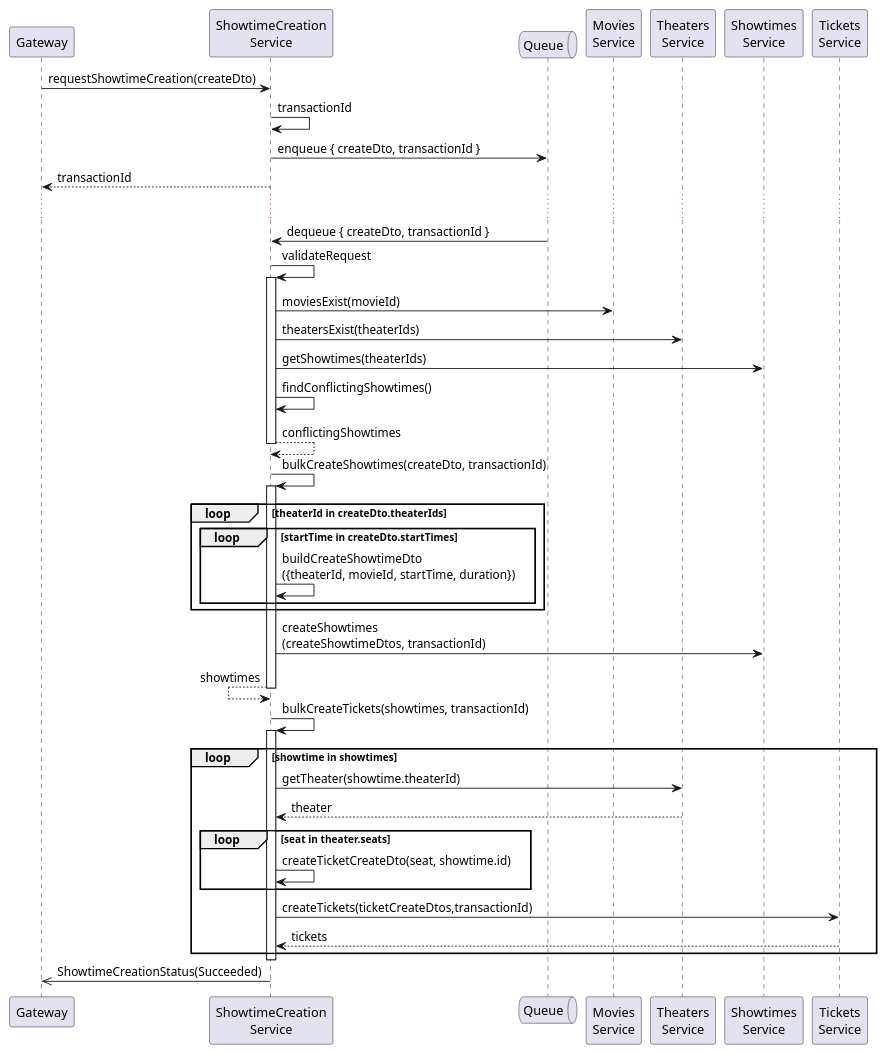
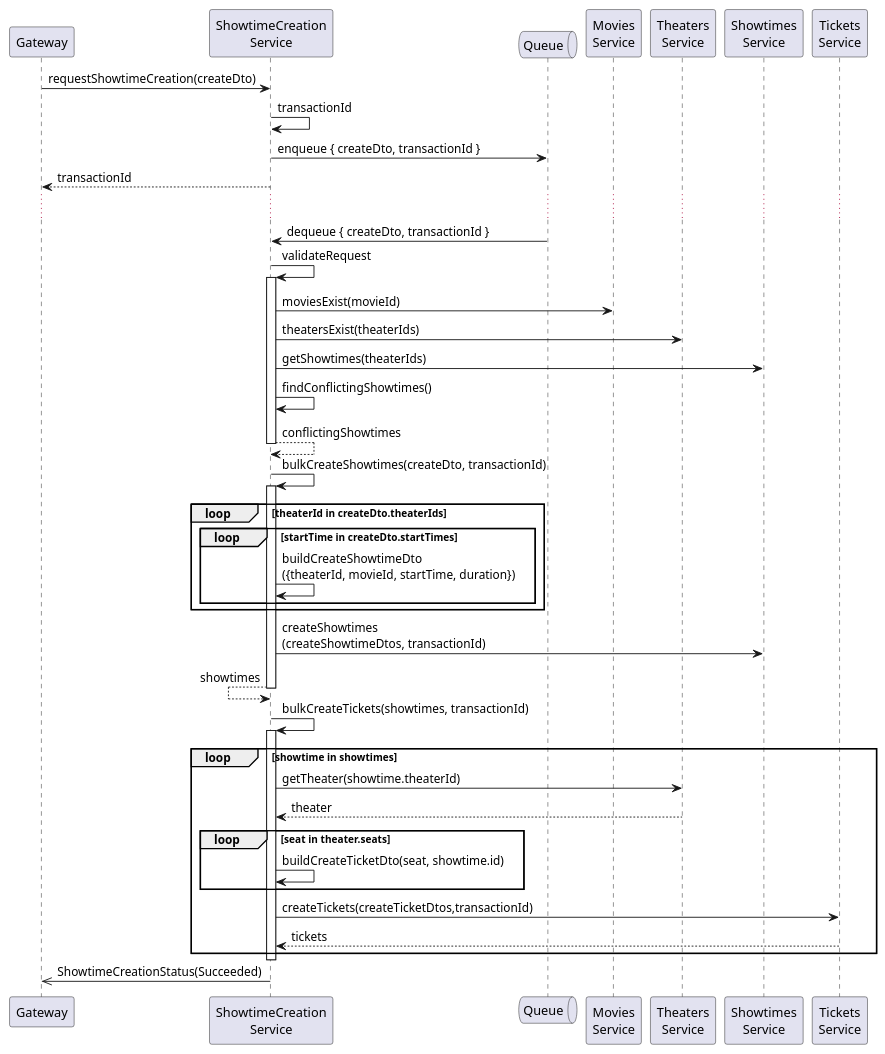
One commit to mannercode/mannercode.github.io changed the seventh of 16 diagrams in _posts/2025-06-01-backend-design-3.md. Above: the diagram before and after it, drawn with PlantUML. The commit also changed other lines of this file and 9 other files, not shown here.

```diff
--- a/_posts/2025-06-01-backend-design-3.md
+++ b/_posts/2025-06-01-backend-design-3.md
@@ -421,54 +421,54 @@
 {% plantuml %}
 @startuml
 participant Gateway as gateway
 participant "ShowtimeCreation\nService" as creation
 Queue Queue as queue
 participant "Movies\nService" as movies
 participant "Theaters\nService" as theaters
 participant "Showtimes\nService" as showtimes
 participant "Tickets\nService" as tickets
 
 gateway -> creation: requestShowtimeCreation(createDto)
     creation -> creation: transactionId
     creation -> queue: enqueue { createDto, transactionId }
 gateway <-- creation: transactionId
 ...
 queue -> creation: dequeue { createDto, transactionId }
     creation -> creation: validateRequest
     activate creation
     creation -> movies: moviesExist(movieId)
     creation -> theaters: theatersExist(theaterIds)
     creation -> showtimes: getShowtimes(theaterIds)
     creation -> creation: findConflictingShowtimes()
     creation --> creation: conflictingShowtimes
     deactivate creation
 
     creation -> creation: bulkCreateShowtimes(createDto, transactionId)
     activate creation
         loop theaterId in createDto.theaterIds
             loop startTime in createDto.startTimes
                 creation -> creation: buildCreateShowtimeDto\n({theaterId, movieId, startTime, duration})
             end
         end
 
         creation -> showtimes: createShowtimes\n(createShowtimeDtos, transactionId)
         creation <-- creation: showtimes
     deactivate creation
 
     creation -> creation: bulkCreateTickets(showtimes, transactionId)
     activate creation
         loop showtime in showtimes
             creation -> theaters: getTheater(showtime.theaterId)
             creation <-- theaters: theater
             loop seat in theater.seats
-                creation -> creation: createTicketCreateDto(seat, showtime.id)
+                creation -> creation: buildCreateTicketDto(seat, showtime.id)
             end
-            creation -> tickets: createTickets(ticketCreateDtos,transactionId)
+            creation -> tickets: createTickets(createTicketDtos,transactionId)
             creation <-- tickets: tickets
         end
     deactivate creation
 
 gateway <<- creation: ShowtimeCreationStatus(Succeeded)
 
 @enduml
 {% endplantuml %}
```
